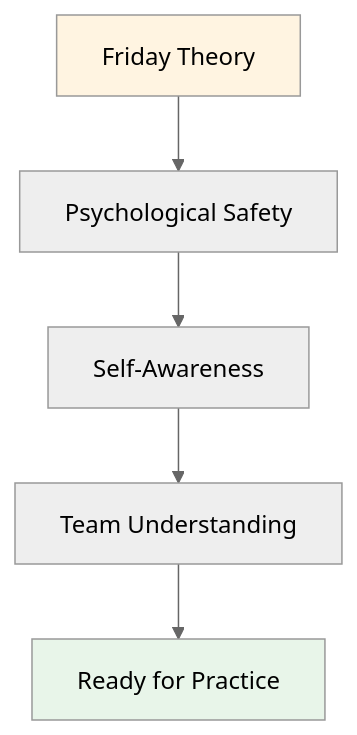
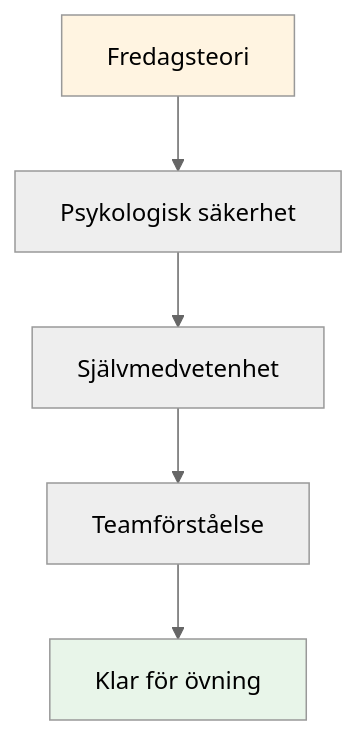
Before and after one commit to patwii/petanque-academy: the second of 2 diagrams in docs/sv/guides/training-camp/index.md, drawn with Mermaid (neutral theme). The commit also changed other lines of this file and 550 other files, not shown here.

````diff
--- a/docs/sv/guides/training-camp/index.md
+++ b/docs/sv/guides/training-camp/index.md
@@ -297,10 +297,10 @@
 ```mermaid
 graph TD
-    A[Friday Theory] --> B[Psychological Safety]
-    B --> C[Self-Awareness]
-    C --> D[Team Understanding]
-    D --> E[Ready for Practice]
+    A[Fredagsteori] --> B[Psykologisk säkerhet]
+    B --> C[Självmedvetenhet]
+    C --> D[Teamförståelse]
+    D --> E[Klar för övning]
 
     style A fill:#fff4e1
     style E fill:#e8f5e9
 ```
````
